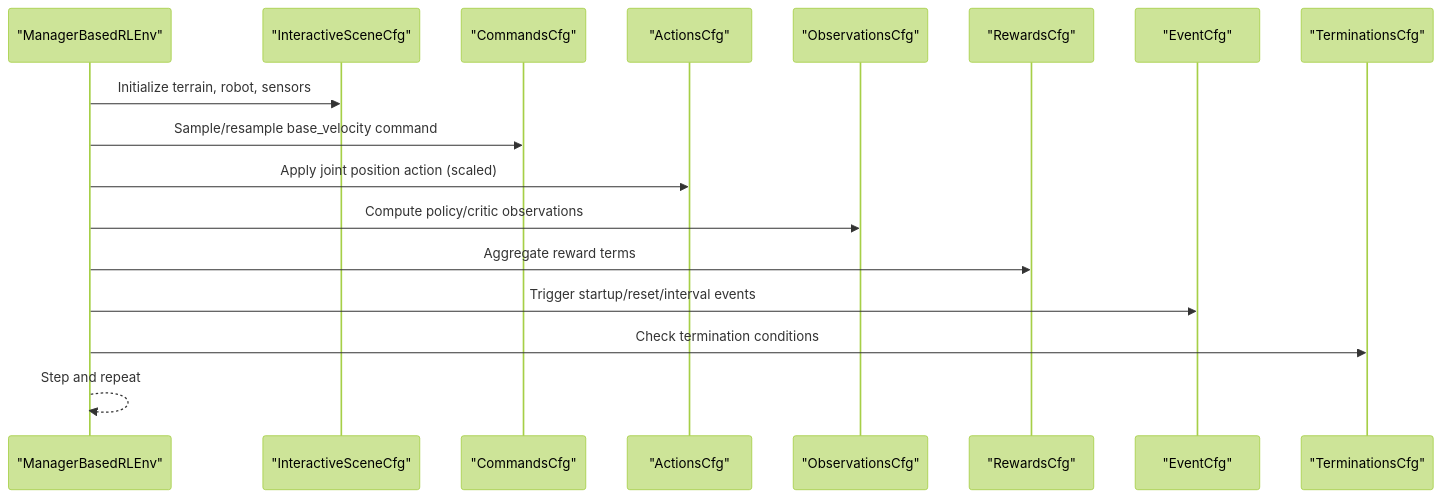
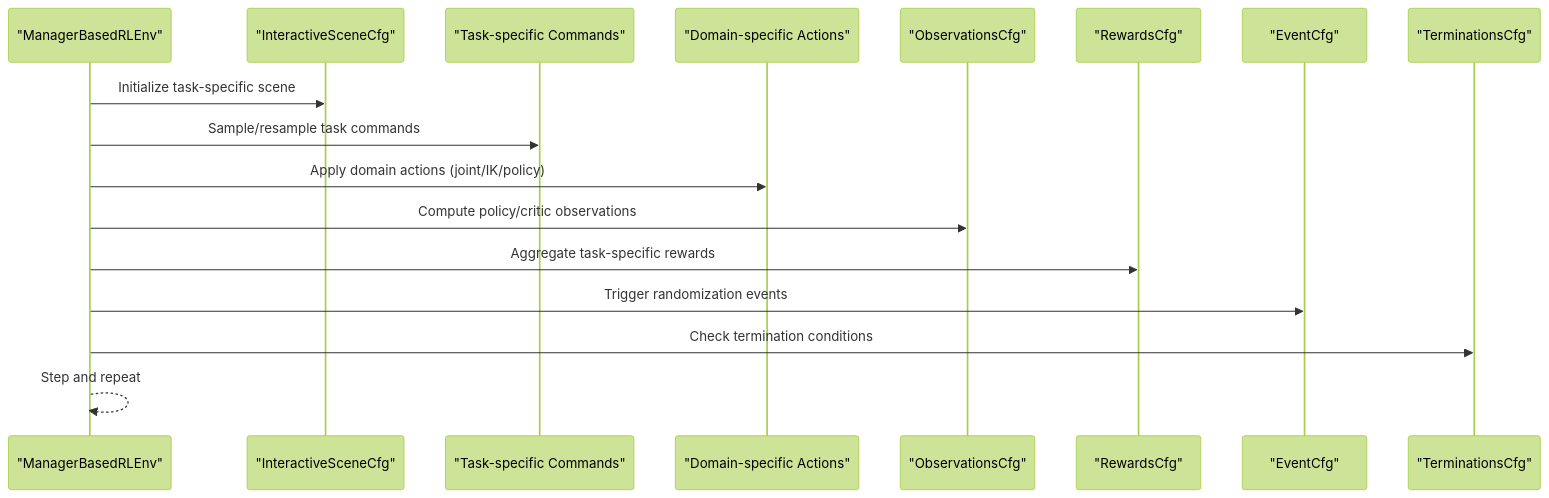
Before and after one commit to jayjayhust/robot_lab: the second of 9 diagrams in .qoder/repowiki/en/content/Task Configuration Framework/Task Configuration Framework.md, drawn with Mermaid (forest theme). The commit also changed other lines of this file and 34 other files, not shown here.

````diff
--- a/.qoder/repowiki/en/content/Task Configuration Framework/Task Configuration Framework.md
+++ b/.qoder/repowiki/en/content/Task Configuration Framework/Task Configuration Framework.md
@@ -109,19 +139,19 @@
 ```mermaid
 sequenceDiagram
 participant Env as "ManagerBasedRLEnv"
 participant Scene as "InteractiveSceneCfg"
-participant Cmd as "CommandsCfg"
-participant Act as "ActionsCfg"
+participant Cmd as "Task-specific Commands"
+participant Act as "Domain-specific Actions"
 participant Obs as "ObservationsCfg"
 participant Rew as "RewardsCfg"
 participant Ev as "EventCfg"
 participant Term as "TerminationsCfg"
-Env->>Scene : Initialize terrain, robot, sensors
-Env->>Cmd : Sample/resample base_velocity command
-Env->>Act : Apply joint position action (scaled)
+Env->>Scene : Initialize task-specific scene
+Env->>Cmd : Sample/resample task commands
+Env->>Act : Apply domain actions (joint/IK/policy)
 Env->>Obs : Compute policy/critic observations
-Env->>Rew : Aggregate reward terms
-Env->>Ev : Trigger startup/reset/interval events
+Env->>Rew : Aggregate task-specific rewards
+Env->>Ev : Trigger randomization events
 Env->>Term : Check termination conditions
 Env-->>Env : Step and repeat
 ```
````
